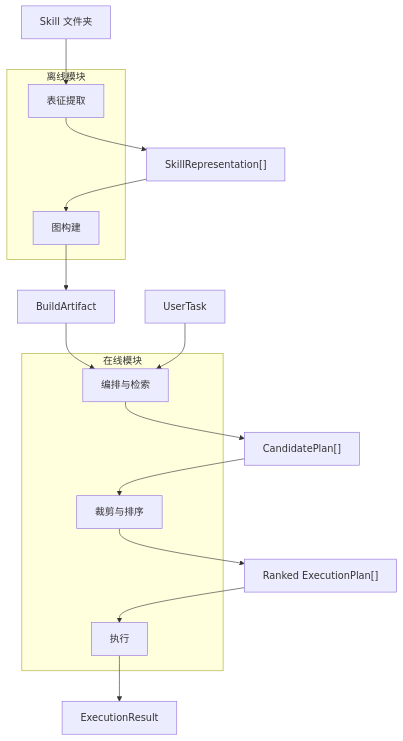
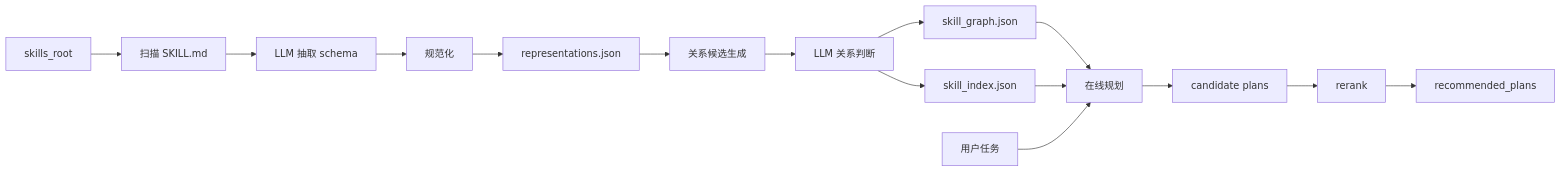
The diagram in docs/skill-orchestration-system-design.md (xiao-yu-lin/SkillMash), drawn with Mermaid before and after one commit. The commit also changed other lines of this file and 5 other files, not shown here.

````diff
--- a/docs/skill-orchestration-system-design.md
+++ b/docs/skill-orchestration-system-design.md
@@ -210,25 +117,17 @@
 ```mermaid
-flowchart TB
-  subgraph Offline["离线模块"]
-    Extraction["表征提取"]
-    GraphBuild["图构建"]
-  end
-
-  subgraph Online["在线模块"]
-    Retrieval["编排与检索"]
-    Ranking["裁剪与排序"]
-    Execution["执行"]
-  end
-
-  Raw["Skill 文件夹"] --> Extraction
-  Extraction --> Repr["SkillRepresentation[]"]
-  Repr --> GraphBuild
-  GraphBuild --> Artifact["BuildArtifact"]
-  Artifact --> Retrieval
-  Task["UserTask"] --> Retrieval
-  Retrieval --> Candidates["CandidatePlan[]"]
-  Candidates --> Ranking
-  Ranking --> Plans["Ranked ExecutionPlan[]"]
-  Plans --> Execution
-  Execution --> Results["ExecutionResult"]
+flowchart LR
+  Root["skills_root"] --> Scan["扫描 SKILL.md"]
+  Scan --> Extract["LLM 抽取 schema"]
+  Extract --> Normalize["规范化"]
+  Normalize --> Repr["representations.json"]
+  Repr --> Candidates["关系候选生成"]
+  Candidates --> Match["LLM 关系判断"]
+  Match --> Graph["skill_graph.json"]
+  Match --> Index["skill_index.json"]
+  Graph --> Online["在线规划"]
+  Index --> Online
+  Query["用户任务"] --> Online
+  Online --> Plans["candidate plans"]
+  Plans --> Rerank["rerank"]
+  Rerank --> Recommended["recommended_plans"]
 ```
````
